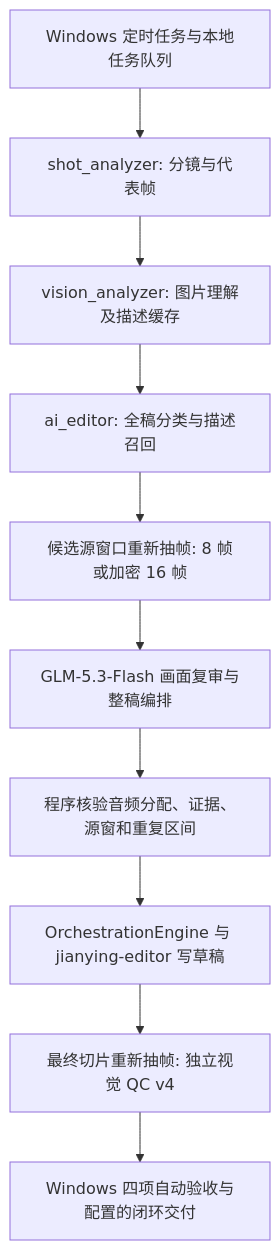
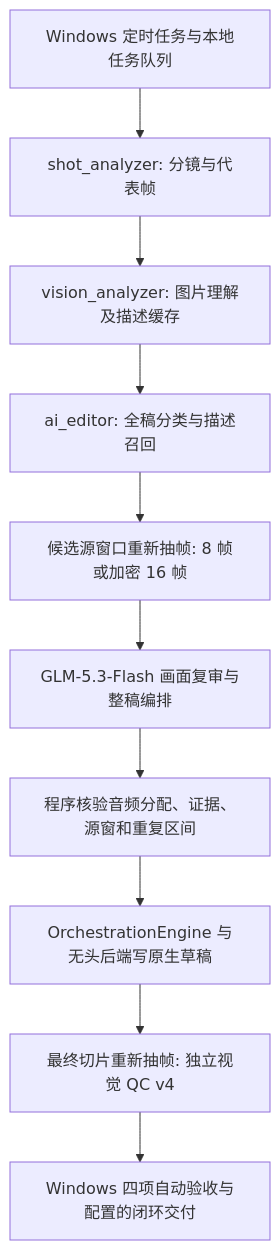
One commit to starfishwrx/video-editing-automation changed the diagram in docs/architecture.md. Above: the diagram before and after it, drawn with Mermaid. The commit also changed other lines of this file and 17 other files, not shown here.

````diff
--- a/docs/architecture.md
+++ b/docs/architecture.md
@@ -11,12 +11,12 @@
 ```mermaid
 flowchart TD
     A[Windows 定时任务与本地任务队列] --> B[shot_analyzer: 分镜与代表帧]
     B --> C[vision_analyzer: 图片理解及描述缓存]
     C --> D[ai_editor: 全稿分类与描述召回]
     D --> E[候选源窗口重新抽帧: 8 帧或加密 16 帧]
     E --> F[GLM-5.3-Flash 画面复审与整稿编排]
     F --> G[程序核验音频分配、证据、源窗和重复区间]
-    G --> H[OrchestrationEngine 与 jianying-editor 写草稿]
+    G --> H[OrchestrationEngine 与无头后端写原生草稿]
     H --> I[最终切片重新抽帧: 独立视觉 QC v4]
     I --> J[Windows 四项自动验收与配置的闭环交付]
 ```
````
